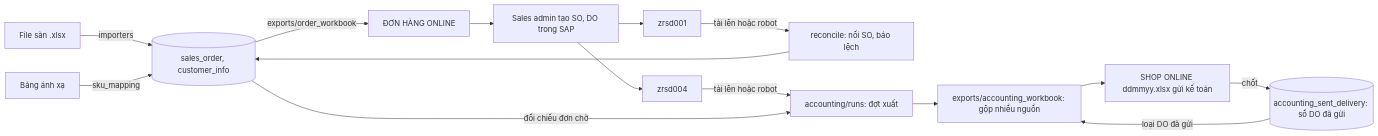
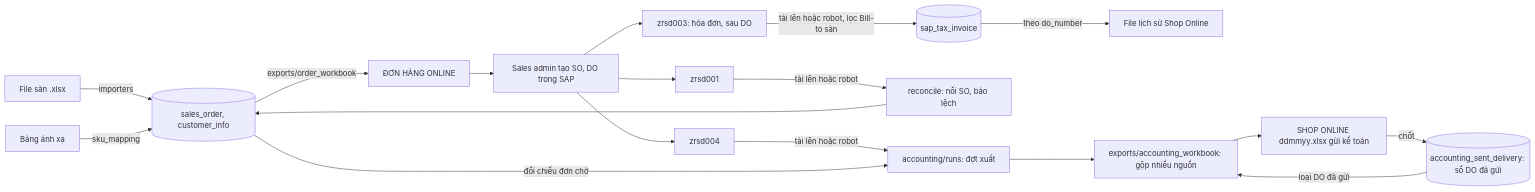
One commit to hotriluan/shoponline changed the diagram in docs/system-architecture.md. Above: the diagram before and after it, drawn with Mermaid. The commit also changed other lines of this file and 3 other files, not shown here.

Commit message:
docs: describe reading zrsd003 for tax invoices in the Shop Online history file

````diff
--- a/docs/system-architecture.md
+++ b/docs/system-architecture.md
@@ -20,17 +20,20 @@
 ```mermaid
 flowchart LR
   F[File sàn .xlsx] -->|importers| O[(sales_order, customer_info)]
   M[Bảng ánh xạ] -->|sku_mapping| O
   O -->|exports/order_workbook| D[ĐƠN HÀNG ONLINE]
   D --> SA[Sales admin tạo SO, DO trong SAP]
   SA --> R1[zrsd001]
   SA --> R4[zrsd004]
+  SA --> R3[zrsd003: hóa đơn, sau DO]
+  R3 -->|tải lên hoặc robot, lọc Bill-to sàn| TI[(sap_tax_invoice)]
+  TI -->|theo do_number| H[File lịch sử Shop Online]
   R1 -->|tải lên hoặc robot| L[reconcile: nối SO, báo lệch]
   R4 -->|tải lên hoặc robot| RUN[accounting/runs: đợt xuất]
   RUN --> A[exports/accounting_workbook: gộp nhiều nguồn]
   L --> O
   O -->|đối chiếu đơn chờ| RUN
   A --> K[SHOP ONLINE ddmmyy.xlsx gửi kế toán]
   K -->|chốt| G[(accounting_sent_delivery: sổ DO đã gửi)]
   G -->|loại DO đã gửi| A
 ```
````
